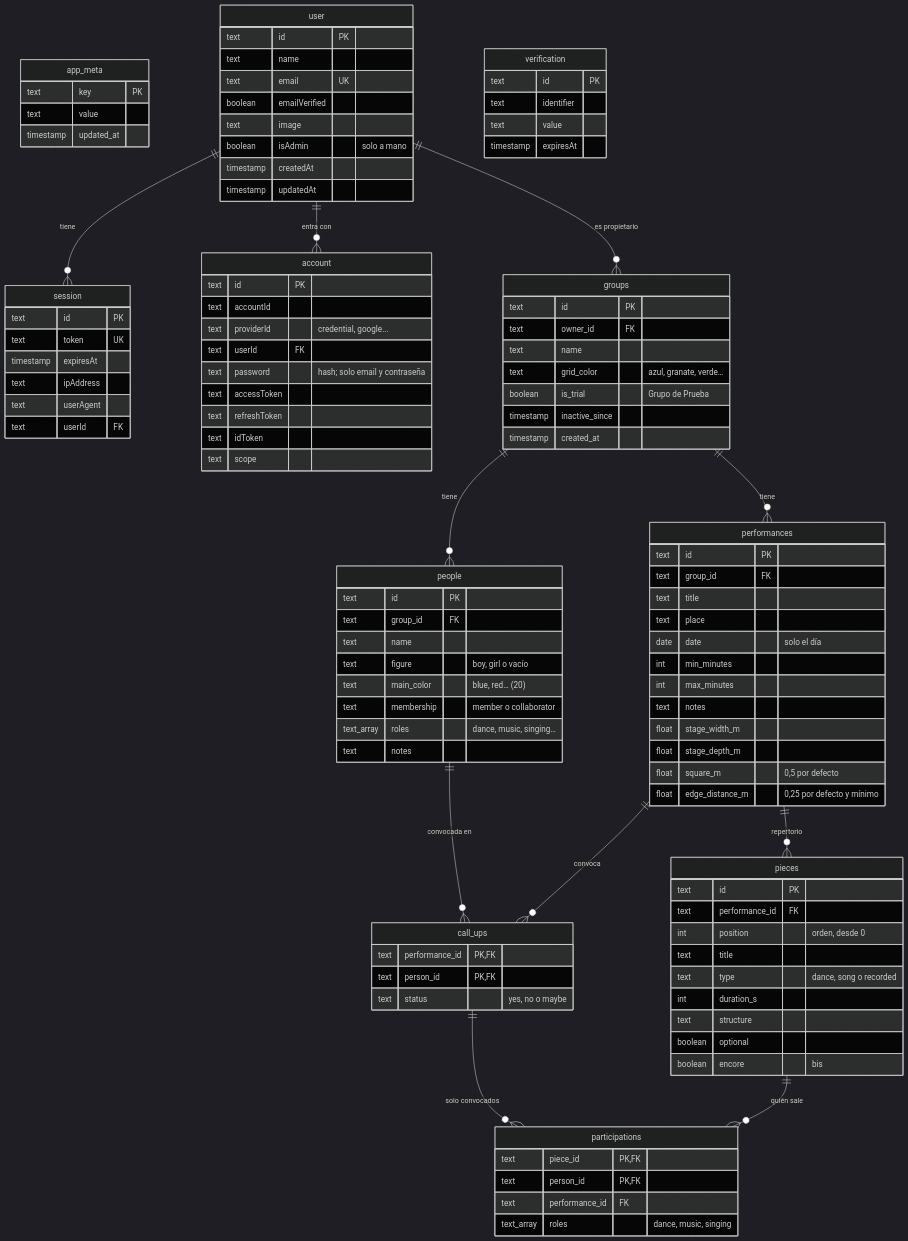
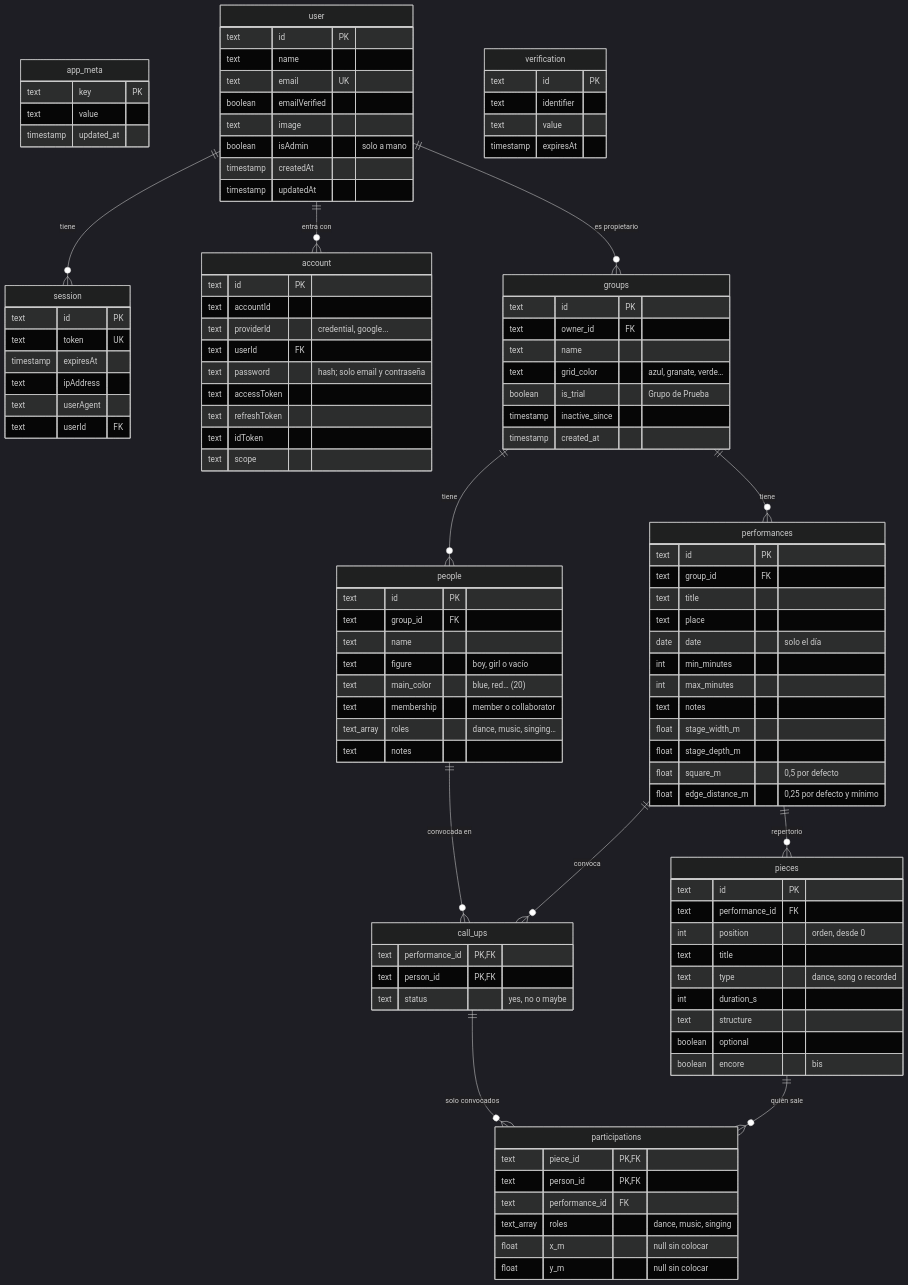
One commit to juananmgz/cuadrocorrocalle changed the first of 2 diagrams in documentation/database.md. Above: the diagram before and after it, drawn with Mermaid (dark theme). The commit also changed other lines of this file and 24 other files, not shown here.

```diff
--- a/documentation/database.md
+++ b/documentation/database.md
@@ -122,6 +123,8 @@
     text person_id PK,FK
     text performance_id FK
     text_array roles "dance, music, singing"
+    float x_m "null sin colocar"
+    float y_m "null sin colocar"
   }
   verification {
     text id PK
```
